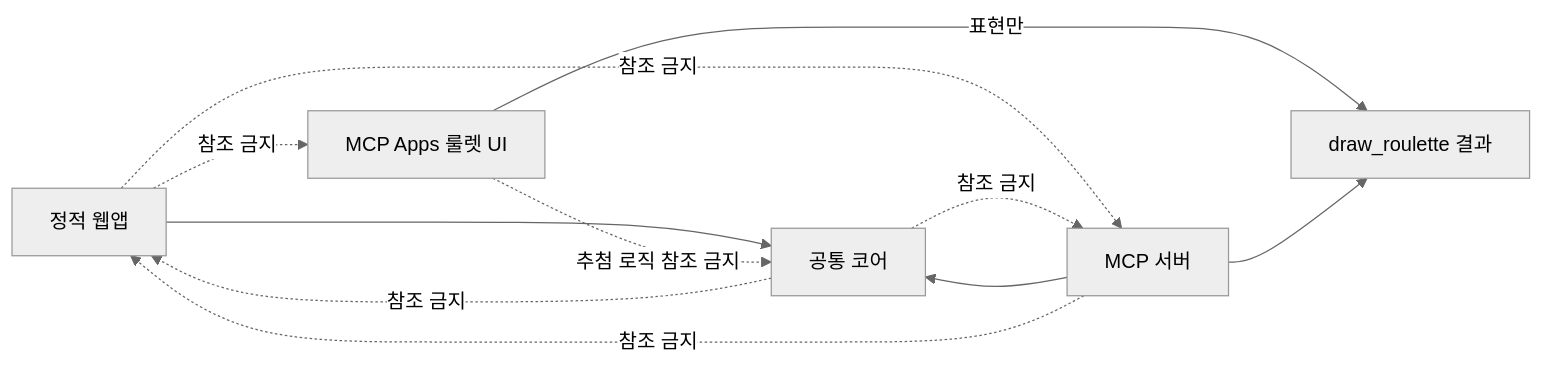
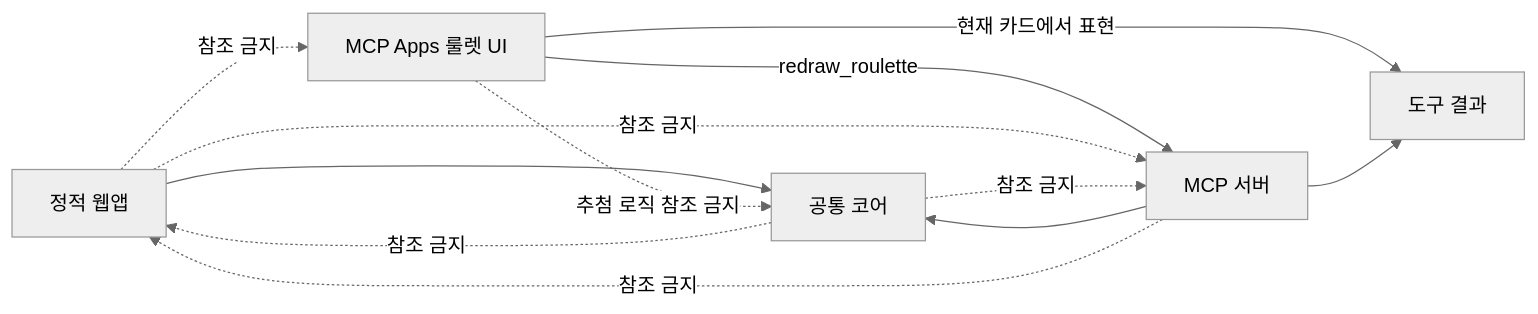
Before and after one commit to tinywolf/roulette: the first of 2 diagrams in docs/feature/remote-mcp/SPEC.md, drawn with Mermaid (neutral theme). The commit also changed other lines of this file and 25 other files, not shown here.

Commit message:
MCP App 재추첨과 결과 전달 호환성 개선

````diff
--- a/docs/feature/remote-mcp/SPEC.md
+++ b/docs/feature/remote-mcp/SPEC.md
@@ -264,13 +277,14 @@
 ```mermaid
 flowchart LR
     Web["정적 웹앱"] --> Core["공통 코어"]
     Mcp["MCP 서버"] --> Core
-    McpApp["MCP Apps 룰렛 UI"] -->|"표현만"| McpResult["draw_roulette 결과"]
+    McpApp["MCP Apps 룰렛 UI"] -->|"redraw_roulette"| Mcp
+    McpApp -->|"현재 카드에서 표현"| McpResult["도구 결과"]
     Mcp --> McpResult
     Web -. 참조 금지 .-> Mcp
     Mcp -. 참조 금지 .-> Web
     Web -. 참조 금지 .-> McpApp
     McpApp -. 추첨 로직 참조 금지 .-> Core
     Core -. 참조 금지 .-> Web
     Core -. 참조 금지 .-> Mcp
 ```
````
